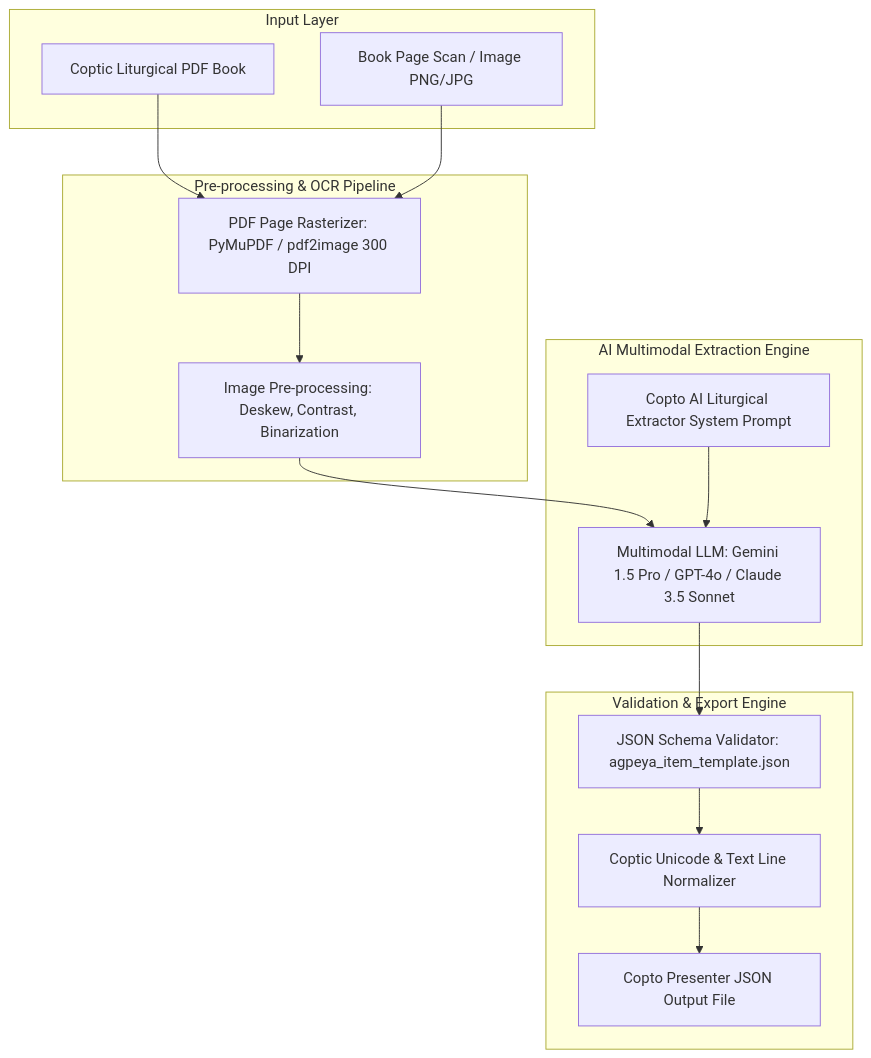
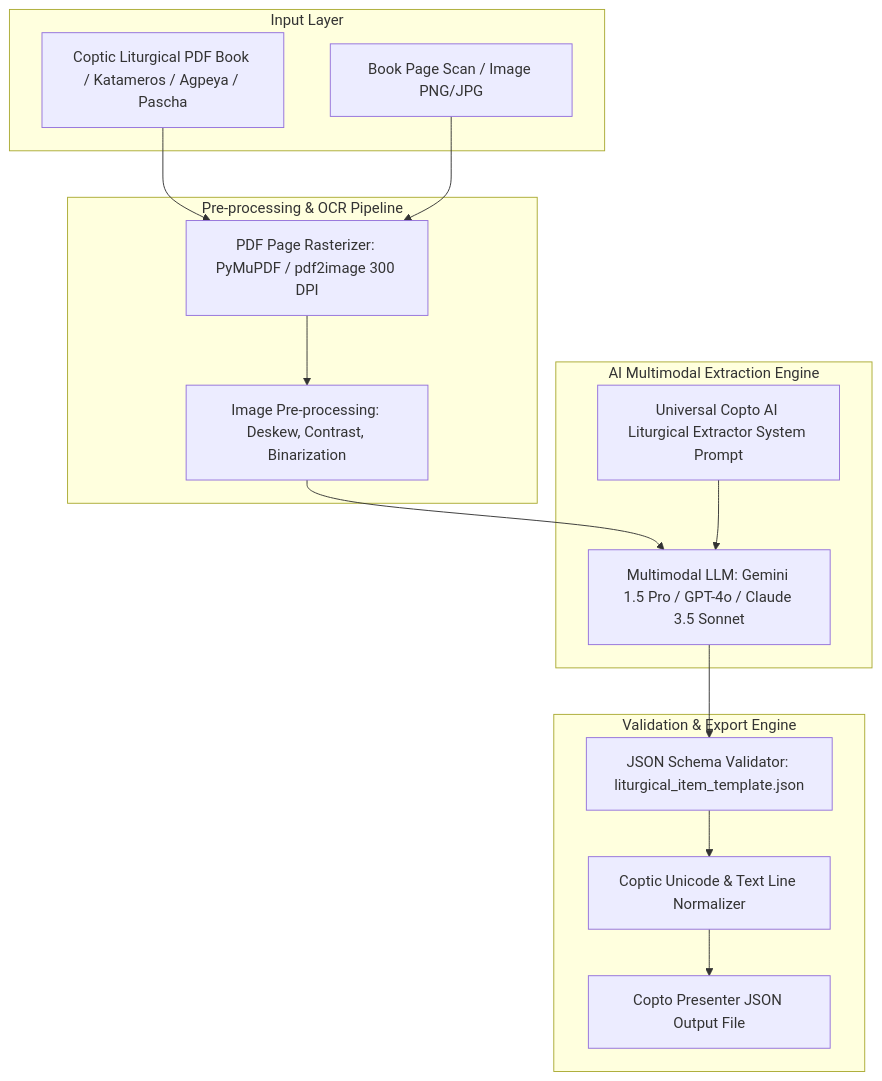
Before and after one commit to CoptoAI/copto-presenter: the diagram in docs/tools/copto_ai_extractor_architecture.md, drawn with Mermaid. The commit also changed other lines of this file and 1 other file, not shown here.

Commit message:
docs: expand AI Liturgical Extractor architecture and prompt to support ALL Coptic Liturgies, Tasbeha, Pascha, and Sacraments

````diff
--- a/docs/tools/copto_ai_extractor_architecture.md
+++ b/docs/tools/copto_ai_extractor_architecture.md
@@ -9,27 +32,27 @@
 ```mermaid
 flowchart TD
     subgraph Input Layer
-        PDF[Coptic Liturgical PDF Book]
+        PDF[Coptic Liturgical PDF Book / Katameros / Agpeya / Pascha]
         IMG[Book Page Scan / Image PNG/JPG]
     end
 
     subgraph Pre-processing & OCR Pipeline
         Raster[PDF Page Rasterizer: PyMuPDF / pdf2image 300 DPI]
         Preprocess[Image Pre-processing: Deskew, Contrast, Binarization]
     end
 
     subgraph AI Multimodal Extraction Engine
         VisionLLM[Multimodal LLM: Gemini 1.5 Pro / GPT-4o / Claude 3.5 Sonnet]
-        SystemPrompt[Copto AI Liturgical Extractor System Prompt]
+        SystemPrompt[Universal Copto AI Liturgical Extractor System Prompt]
     end
 
     subgraph Validation & Export Engine
-        SchemaVal[JSON Schema Validator: agpeya_item_template.json]
+        SchemaVal[JSON Schema Validator: liturgical_item_template.json]
         Normalizer[Coptic Unicode & Text Line Normalizer]
         JSON[Copto Presenter JSON Output File]
     end
 
     PDF & IMG --> Raster --> Preprocess
     Preprocess & SystemPrompt --> VisionLLM
     VisionLLM --> SchemaVal --> Normalizer --> JSON
 ```
````
